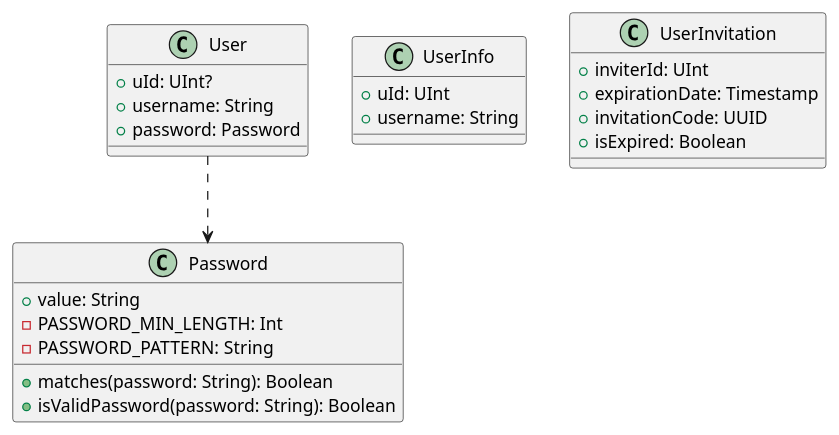
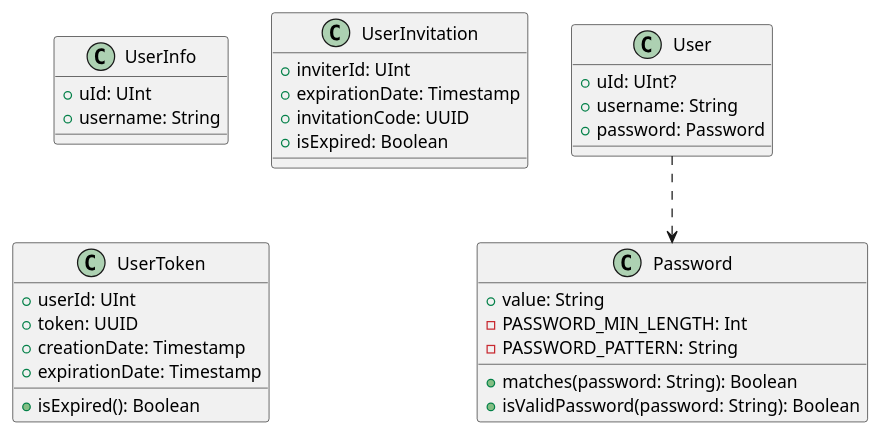
Before and after one commit to Brgm37/Multi-user-Instant-Messaging-system: the diagram in code/jvm/domain/src/main/kotlin/model/users/UsersUml.puml, drawn with PlantUML. The commit also changed 3 other files, not shown here.

Commit message:
Repository and Repository_jdbc uml implementation.

```diff
--- a/code/jvm/domain/src/main/kotlin/model/users/UsersUml.puml
+++ b/code/jvm/domain/src/main/kotlin/model/users/UsersUml.puml
@@ -1,35 +1,44 @@
 @startuml
 
 class User
 {
     + uId: UInt?
     + username: String
     + password: Password
 }
 
 class Password
 {
     + value: String
     + matches(password: String): Boolean
     - PASSWORD_MIN_LENGTH: Int
     - PASSWORD_PATTERN: String
     + isValidPassword(password: String): Boolean
 }
 
 class UserInfo
 {
     + uId: UInt
     + username: String
 }
 
 class UserInvitation
 {
     + inviterId: UInt
     + expirationDate: Timestamp
     + invitationCode: UUID
     + isExpired: Boolean
 }
 
+class UserToken
+{
+    + userId: UInt
+    + token: UUID
+    + creationDate: Timestamp
+    + expirationDate: Timestamp
+    + isExpired(): Boolean
+}
+
 User ..> Password
 
 @enduml
```
